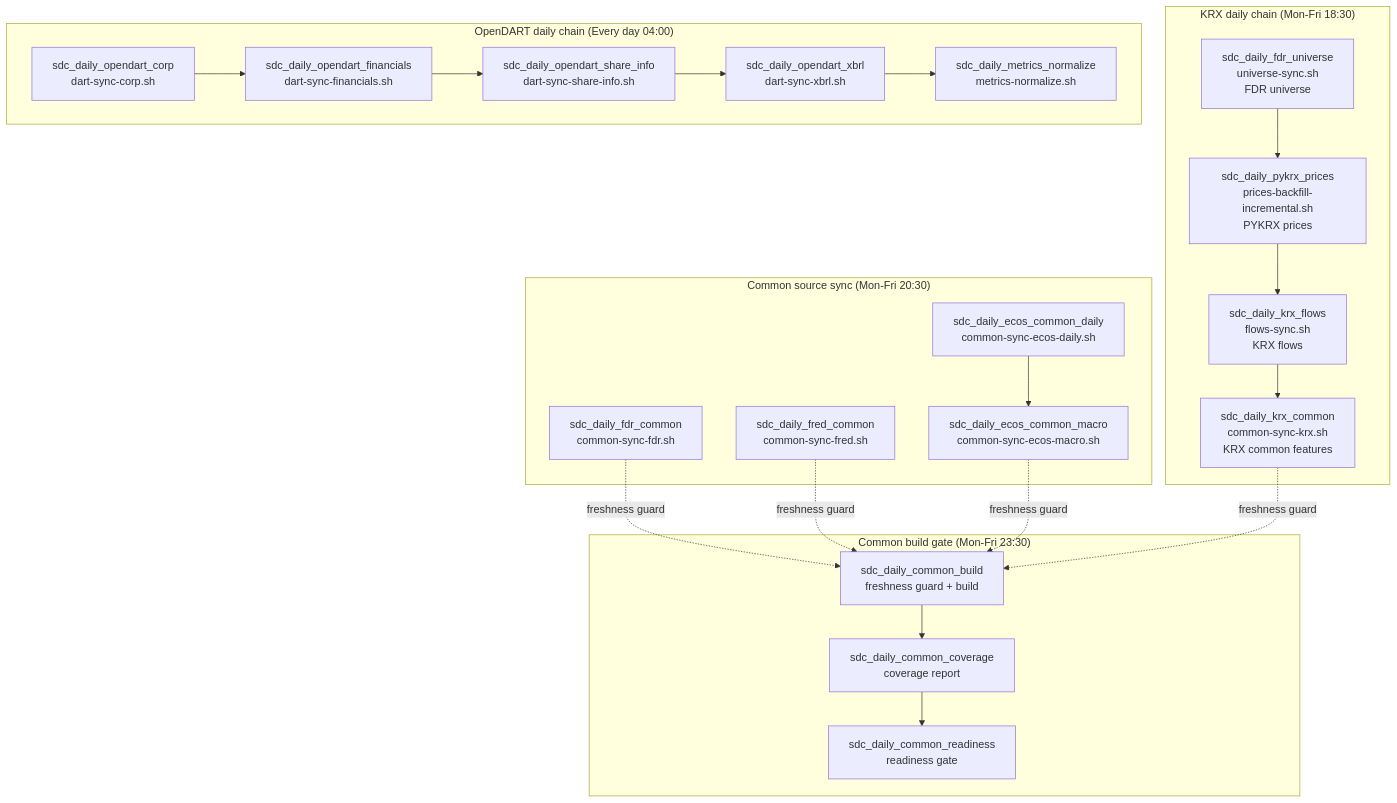
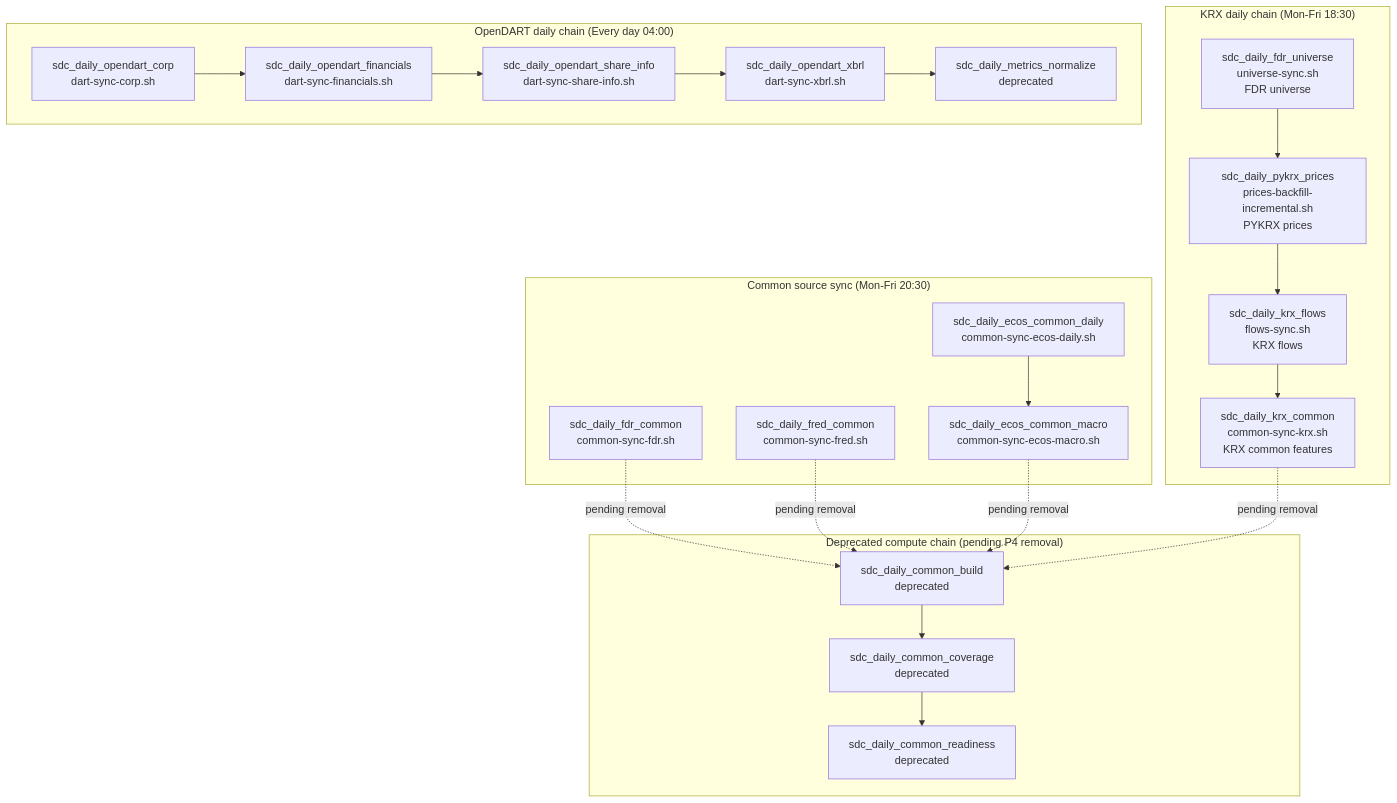
One commit to sjleekor/sdc changed the diagram in deploy/prod/README.md. Above: the diagram before and after it, drawn with Mermaid. The commit also changed other lines of this file and 97 other files, not shown here.

````diff
--- a/deploy/prod/README.md
+++ b/deploy/prod/README.md
@@ -28,39 +33,39 @@
 ```mermaid
 flowchart TD
   subgraph KRX["KRX daily chain (Mon-Fri 18:30)"]
     U["sdc_daily_fdr_universe<br/>universe-sync.sh<br/>FDR universe"]
     P["sdc_daily_pykrx_prices<br/>prices-backfill-incremental.sh<br/>PYKRX prices"]
     F["sdc_daily_krx_flows<br/>flows-sync.sh<br/>KRX flows"]
     KC["sdc_daily_krx_common<br/>common-sync-krx.sh<br/>KRX common features"]
     U --> P --> F --> KC
   end
 
   subgraph CommonSync["Common source sync (Mon-Fri 20:30)"]
     CFDR["sdc_daily_fdr_common<br/>common-sync-fdr.sh"]
     CFRED["sdc_daily_fred_common<br/>common-sync-fred.sh"]
     CECOSD["sdc_daily_ecos_common_daily<br/>common-sync-ecos-daily.sh"]
     CECOSM["sdc_daily_ecos_common_macro<br/>common-sync-ecos-macro.sh"]
     CECOSD --> CECOSM
   end
 
-  subgraph CommonBuild["Common build gate (Mon-Fri 23:30)"]
-    CB["sdc_daily_common_build<br/>freshness guard + build"]
-    CC["sdc_daily_common_coverage<br/>coverage report"]
-    CR["sdc_daily_common_readiness<br/>readiness gate"]
+  subgraph CommonBuild["Deprecated compute chain (pending P4 removal)"]
+    CB["sdc_daily_common_build<br/>deprecated"]
+    CC["sdc_daily_common_coverage<br/>deprecated"]
+    CR["sdc_daily_common_readiness<br/>deprecated"]
     CB --> CC --> CR
   end
 
   subgraph OpenDART["OpenDART daily chain (Every day 04:00)"]
     DC["sdc_daily_opendart_corp<br/>dart-sync-corp.sh"]
     DF["sdc_daily_opendart_financials<br/>dart-sync-financials.sh"]
     DS["sdc_daily_opendart_share_info<br/>dart-sync-share-info.sh"]
     DX["sdc_daily_opendart_xbrl<br/>dart-sync-xbrl.sh"]
-    MN["sdc_daily_metrics_normalize<br/>metrics-normalize.sh"]
+    MN["sdc_daily_metrics_normalize<br/>deprecated"]
     DC --> DF --> DS --> DX --> MN
   end
 
-  CFDR -. "freshness guard" .-> CB
-  CFRED -. "freshness guard" .-> CB
-  CECOSM -. "freshness guard" .-> CB
-  KC -. "freshness guard" .-> CB
+  CFDR -. "pending removal" .-> CB
+  CFRED -. "pending removal" .-> CB
+  CECOSM -. "pending removal" .-> CB
+  KC -. "pending removal" .-> CB
 ```
````
